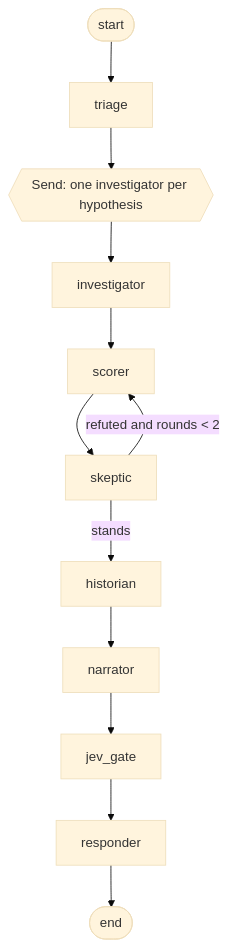
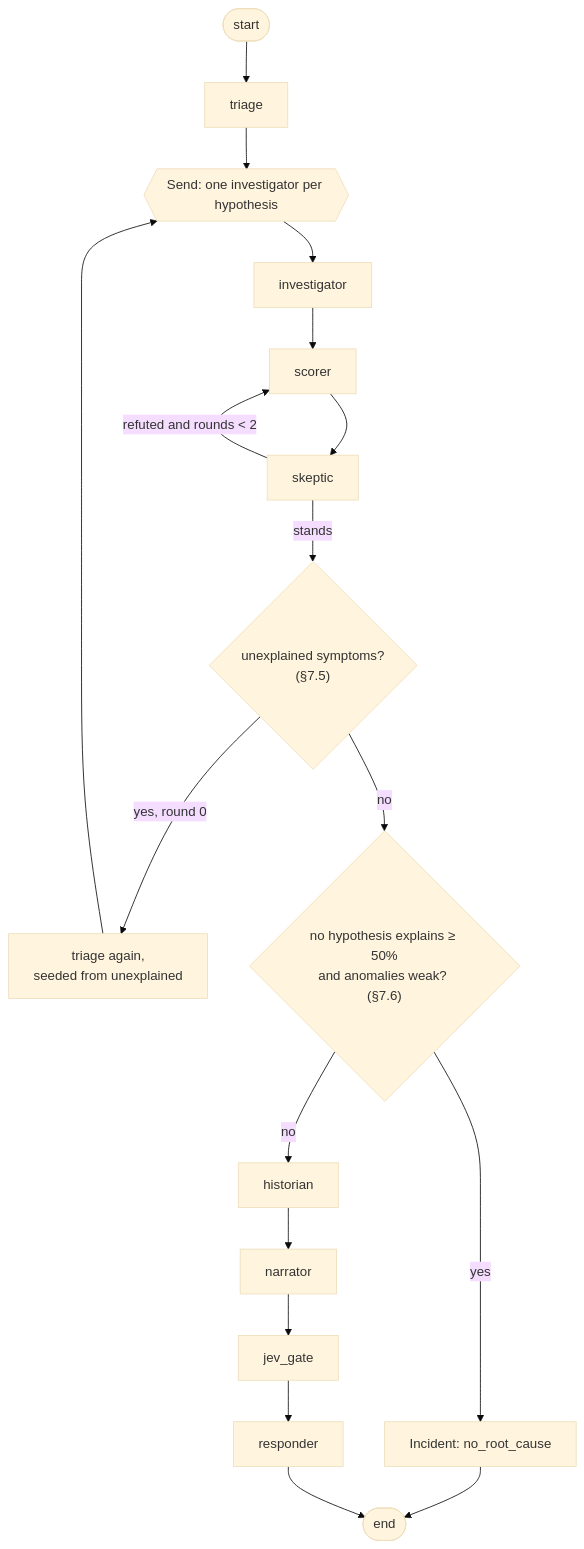
The first of 4 diagrams in LLD.md (Prateek1771/epicenter), drawn with Mermaid (base theme) before and after one commit. The commit also changed other lines of this file and 8 other files, not shown here.

````diff
--- a/LLD.md
+++ b/LLD.md
@@ -259,14 +271,18 @@
 ```mermaid
 flowchart TD
     S([start]) --> TRI[triage]
     TRI --> FAN{{Send: one investigator per hypothesis}}
     FAN --> INV[investigator]
     INV --> SC[scorer]
     SC --> SK[skeptic]
     SK -->|"refuted and rounds < 2"| SC
-    SK -->|"stands"| HI[historian]
+    SK -->|"stands"| MF{"unexplained symptoms?<br/>(§7.5)"}
+    MF -->|"yes, round 0"| TRI2["triage again,<br/>seeded from unexplained"] --> FAN
+    MF -->|"no"| NR{"no hypothesis explains ≥ 50%<br/>and anomalies weak? (§7.6)"}
+    NR -->|"yes"| NRC["Incident: no_root_cause"] --> E
+    NR -->|"no"| HI[historian]
     HI --> NA[narrator]
     NA --> JV[jev_gate]
     JV --> RE[responder]
     RE --> E([end])
 ```
````
